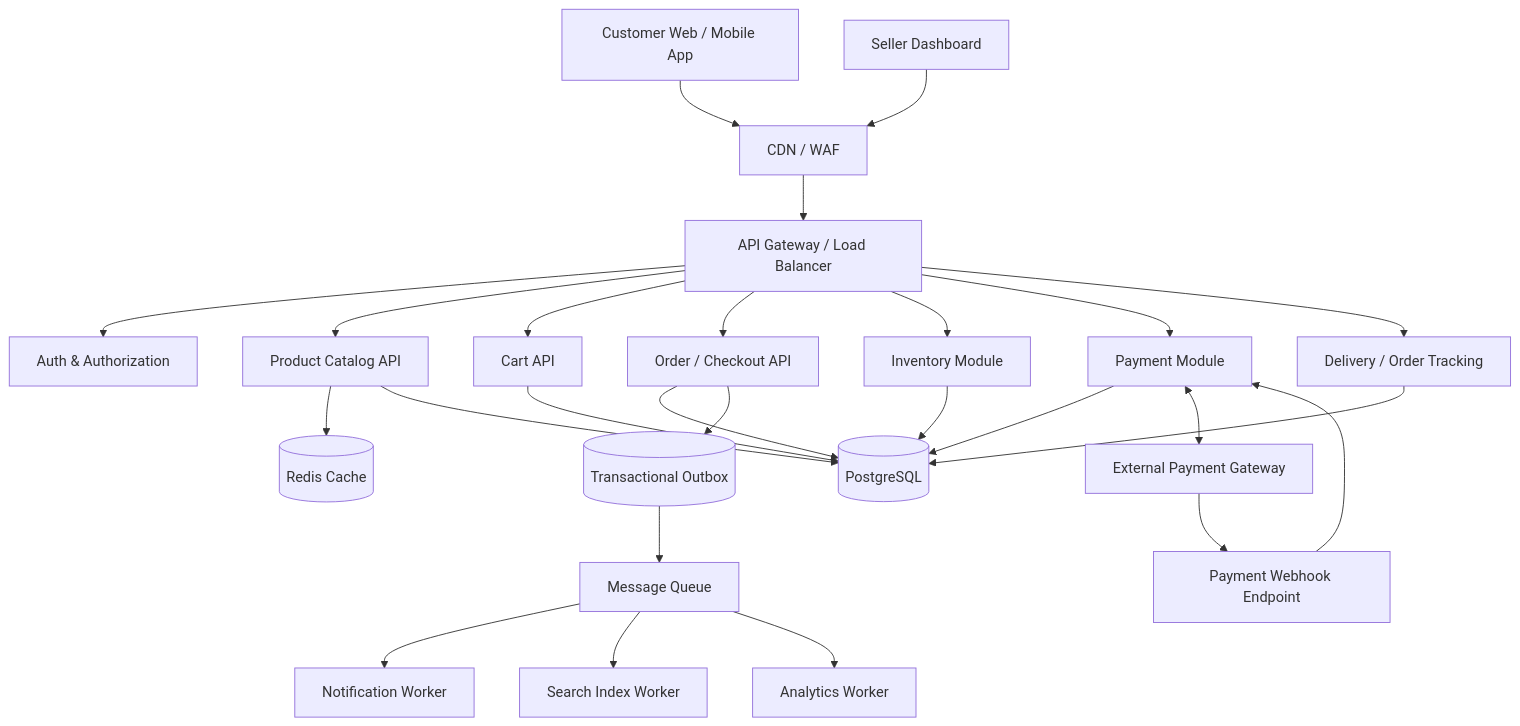
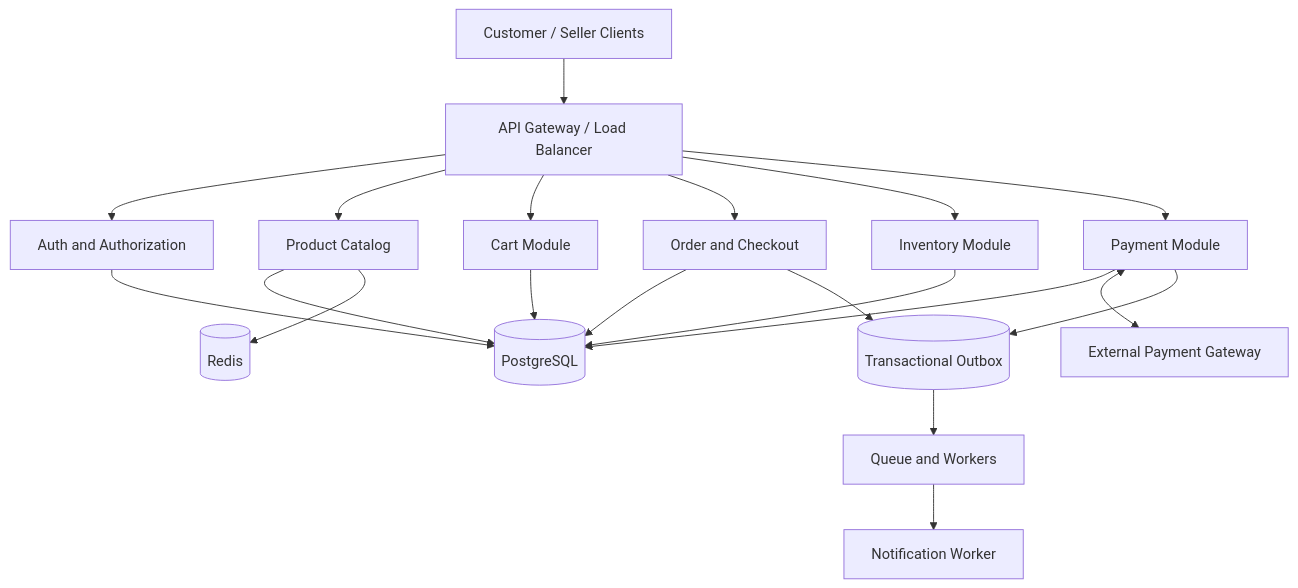
The second of 5 diagrams in Daraz/README.md (Murad134/System-Design-Playbook), drawn with Mermaid before and after one commit. The commit also changed other lines of this file, not shown here.

````diff
--- a/Daraz/README.md
+++ b/Daraz/README.md
@@ -131,31 +59,38 @@
-``` mermaid
-flowchart TD
-    C[Customer Web / Mobile App] --> CDN[CDN / WAF]
-    S[Seller Dashboard] --> CDN
-    CDN --> API[API Gateway / Load Balancer]
-    API --> AUTH[Auth & Authorization]
-    API --> CAT[Product Catalog API]
-    API --> CART[Cart API]
-    API --> ORD[Order / Checkout API]
-    API --> INV[Inventory Module]
-    API --> PAY[Payment Module]
-    API --> SHIP[Delivery / Order Tracking]
+```mermaid
+flowchart TB
+    CLIENT[Customer / Seller Clients]
+    GATEWAY[API Gateway / Load Balancer]
+    AUTH[Auth and Authorization]
+    CATALOG[Product Catalog]
+    CART[Cart Module]
+    ORDER[Order and Checkout]
+    INVENTORY[Inventory Module]
+    PAYMENT[Payment Module]
+    DB[(PostgreSQL)]
+    CACHE[(Redis)]
+    OUTBOX[(Transactional Outbox)]
+    QUEUE[Queue and Workers]
+    NOTIFICATION[Notification Worker]
+    PROVIDER[External Payment Gateway]
 
-    CAT --> CACHE[(Redis Cache)]
-    CAT --> DB[(PostgreSQL)]
+    CLIENT --> GATEWAY
+    GATEWAY --> AUTH
+    GATEWAY --> CATALOG
+    GATEWAY --> CART
+    GATEWAY --> ORDER
+    GATEWAY --> INVENTORY
+    GATEWAY --> PAYMENT
+
+    AUTH --> DB
+    CATALOG --> DB
+    CATALOG --> CACHE
     CART --> DB
-    ORD --> DB
-    INV --> DB
-    PAY --> DB
-    SHIP --> DB
-
-    PAY <--> PG[External Payment Gateway]
-    PG --> WH[Payment Webhook Endpoint]
-    WH --> PAY
-
-    ORD --> OUTBOX[(Transactional Outbox)]
-    OUTBOX --> MQ[Message Queue]
-    MQ --> NOTIF[Notification Worker]
-    MQ --> SEARCH[Search Index Worker]
-    MQ --> ANALYTICS[Analytics Worker]
+    ORDER --> DB
+    INVENTORY --> DB
+    PAYMENT --> DB
+    PAYMENT <--> PROVIDER
+    PAYMENT --> OUTBOX
+    ORDER --> OUTBOX
+    OUTBOX --> QUEUE
+    QUEUE --> NOTIFICATION
 ```
````
